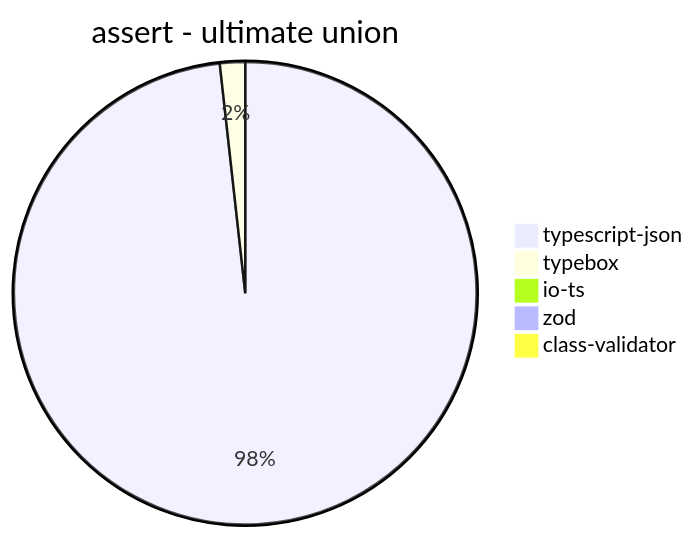
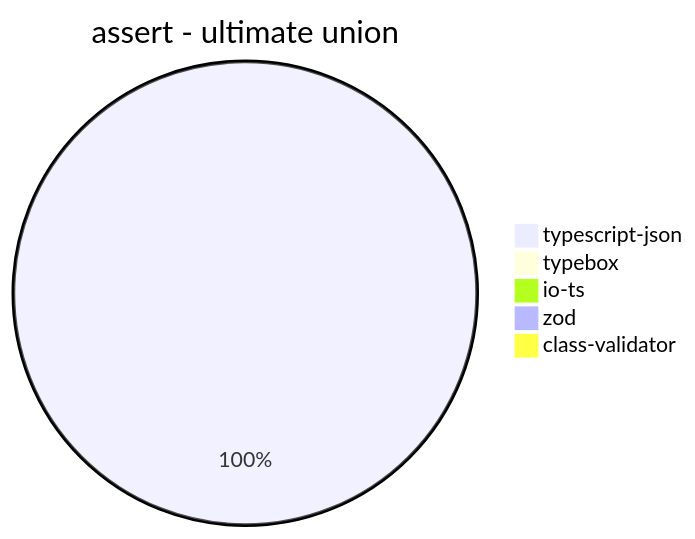
One commit to samchon/typia changed diagram 16 of 39 in benchmark/results/11th Gen Intel(R) Core(TM) i5-1135G7 @ 2.40GHz.md. Above: the diagram before and after it, drawn with Mermaid. The commit also changed other lines of this file and 177 other files, not shown here.

````diff
--- a/benchmark/results/11th Gen Intel(R) Core(TM) i5-1135G7 @ 2.40GHz.md
+++ b/benchmark/results/11th Gen Intel(R) Core(TM) i5-1135G7 @ 2.40GHz.md
@@ -196,8 +196,8 @@
 ```mermaid
 pie title assert - ultimate union
-  "typescript-json": 224.50100714154917
-  "typebox": 4.027828634199927
+  "typescript-json": 210.2118413905486
+  "typebox": 0
   "io-ts": 0
-  "zod": 0.34831069313827934
+  "zod": 0
   "class-validator": 0
 ```
````
